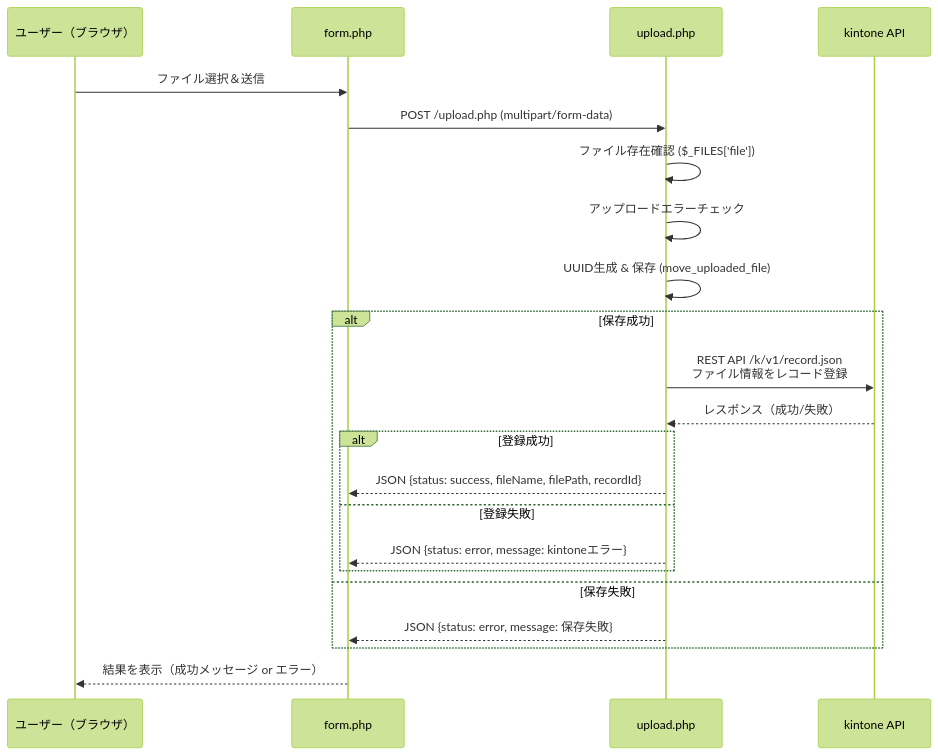
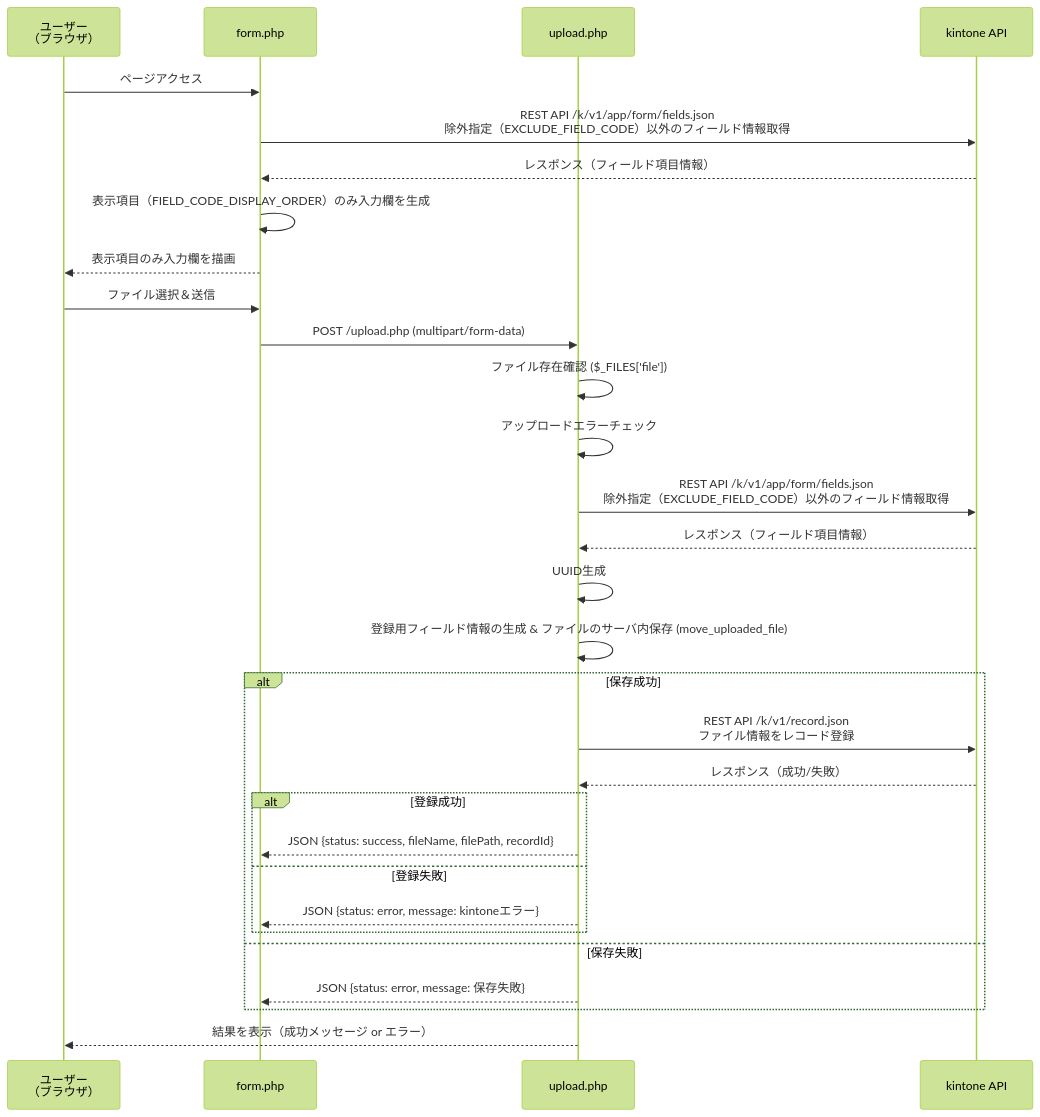
One commit to Kahiro-M/fileUploader4KntnFileSv changed the third of 6 diagrams in design.md. Above: the diagram before and after it, drawn with Mermaid (forest theme).

Commit message:
設計書更新

````diff
--- a/design.md
+++ b/design.md
@@ -43,32 +43,40 @@
 ```mermaid
 sequenceDiagram
-    participant User as ユーザー（ブラウザ）
+    participant User as ユーザー<br>（ブラウザ）
     participant Form as form.php
     participant Upload as upload.php
     participant Kintone as kintone API
 
     %% ユーザー操作
+    User ->> Form: ページアクセス
+    Form ->> Kintone: REST API /k/v1/app/form/fields.json<br>除外指定（EXCLUDE_FIELD_CODE）以外のフィールド情報取得
+    Kintone -->> Form: レスポンス（フィールド項目情報）
+    Form ->> Form: 表示項目（FIELD_CODE_DISPLAY_ORDER）のみ入力欄を生成
+    Form -->> User: 表示項目のみ入力欄を描画
     User ->> Form: ファイル選択＆送信
     Form ->> Upload: POST /upload.php (multipart/form-data)
 
     %% サーバー側処理
     Upload ->> Upload: ファイル存在確認 ($_FILES['file'])
     Upload ->> Upload: アップロードエラーチェック
-    Upload ->> Upload: UUID生成 & 保存 (move_uploaded_file)
+    Upload ->> Kintone: REST API /k/v1/app/form/fields.json<br>除外指定（EXCLUDE_FIELD_CODE）以外のフィールド情報取得
+    Kintone -->> Upload: レスポンス（フィールド項目情報）
+    Upload ->> Upload: UUID生成
+    Upload ->> Upload: 登録用フィールド情報の生成 & ファイルのサーバ内保存 (move_uploaded_file)
 
     alt 保存成功
         Upload ->> Kintone: REST API /k/v1/record.json<br>ファイル情報をレコード登録
         Kintone -->> Upload: レスポンス（成功/失敗）
 
         alt 登録成功
             Upload -->> Form: JSON {status: success, fileName, filePath, recordId}
         else 登録失敗
             Upload -->> Form: JSON {status: error, message: kintoneエラー}
         end
     else 保存失敗
         Upload -->> Form: JSON {status: error, message: 保存失敗}
     end
 
     %% ユーザー側への応答
-    Form -->> User: 結果を表示（成功メッセージ or エラー）
+    Upload -->> User: 結果を表示（成功メッセージ or エラー）
 ```
````
